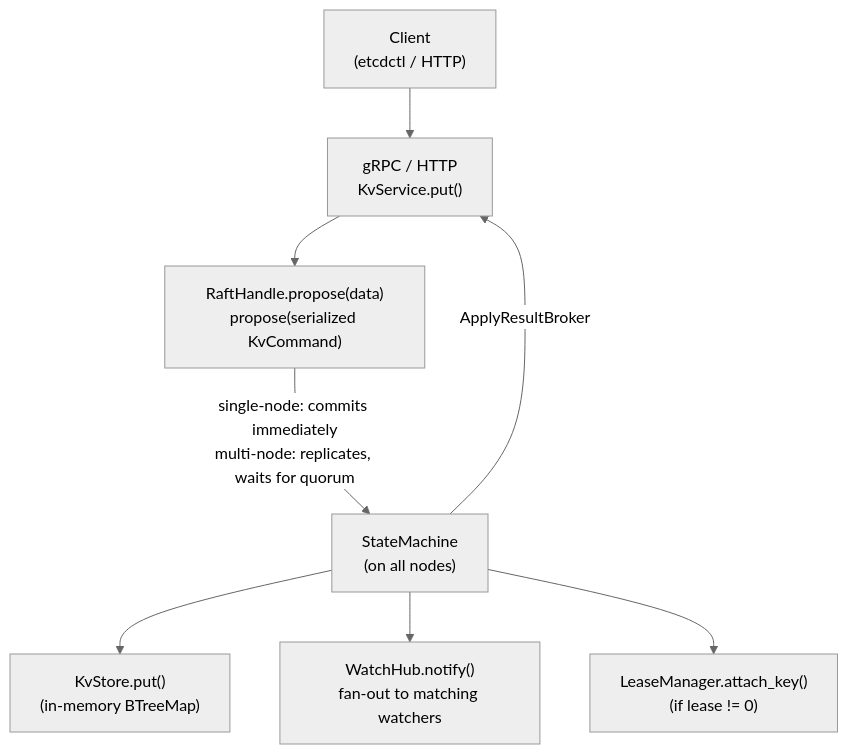
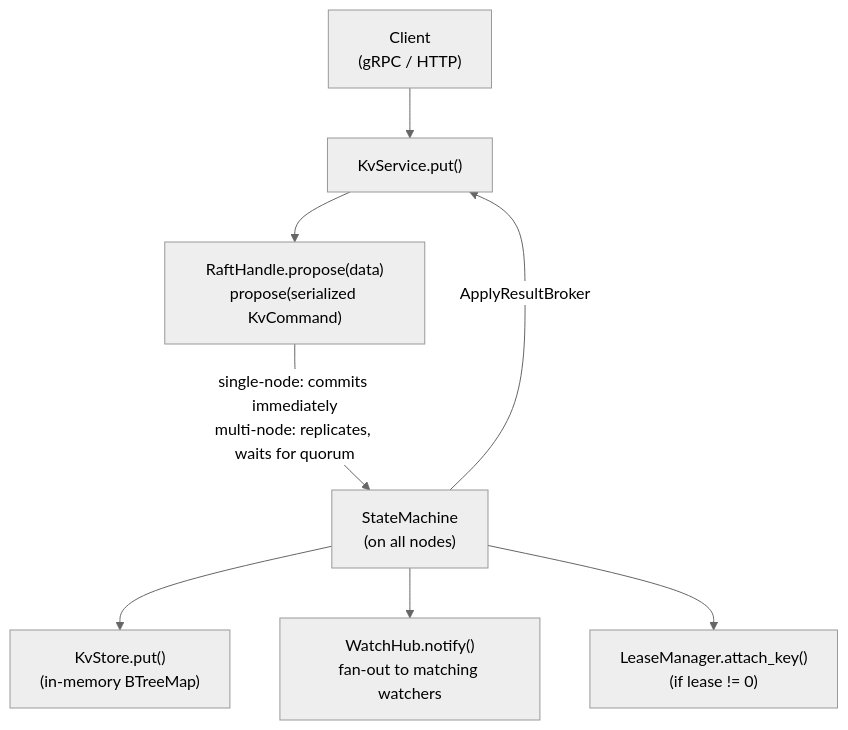
One commit to alexandernicholson/barkeeper changed the third of 10 diagrams in docs/architecture.md. Above: the diagram before and after it, drawn with Mermaid (neutral theme). The commit also changed other lines of this file and 4 other files, not shown here.

````diff
--- a/docs/architecture.md
+++ b/docs/architecture.md
@@ -92,11 +90,11 @@
 ```mermaid
 graph TD
-    Client["Client<br>(etcdctl / HTTP)"]
-    Client --> Service["gRPC / HTTP<br>KvService.put()"]
+    Client["Client<br>(gRPC / HTTP)"]
+    Client --> Service["KvService.put()"]
     Service --> Raft["RaftHandle.propose(data)<br>propose(serialized KvCommand)"]
     Raft -->|"single-node: commits immediately<br>multi-node: replicates, waits for quorum"| SM["StateMachine<br>(on all nodes)"]
     SM --> KV["KvStore.put()<br>(in-memory BTreeMap)"]
     SM --> Watch["WatchHub.notify()<br>fan-out to matching watchers"]
     SM --> Lease["LeaseManager.attach_key()<br>(if lease != 0)"]
     SM -->|"ApplyResultBroker"| Service
 ```
````
